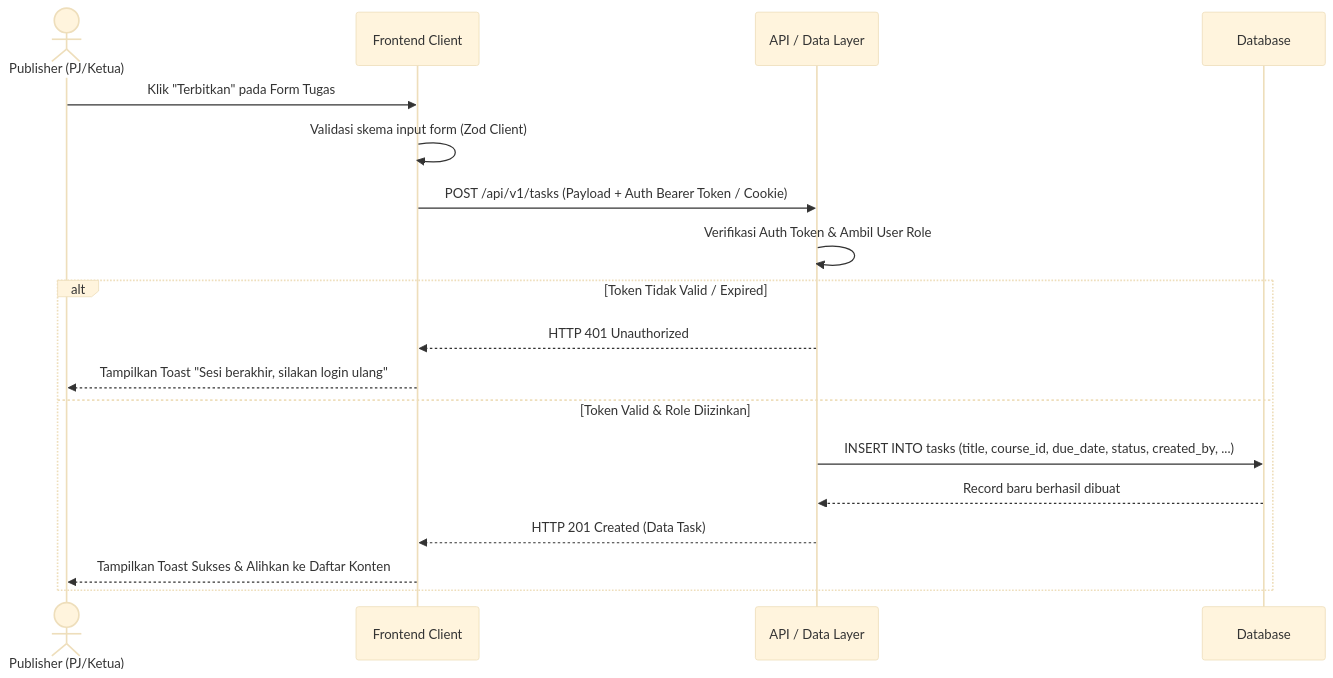
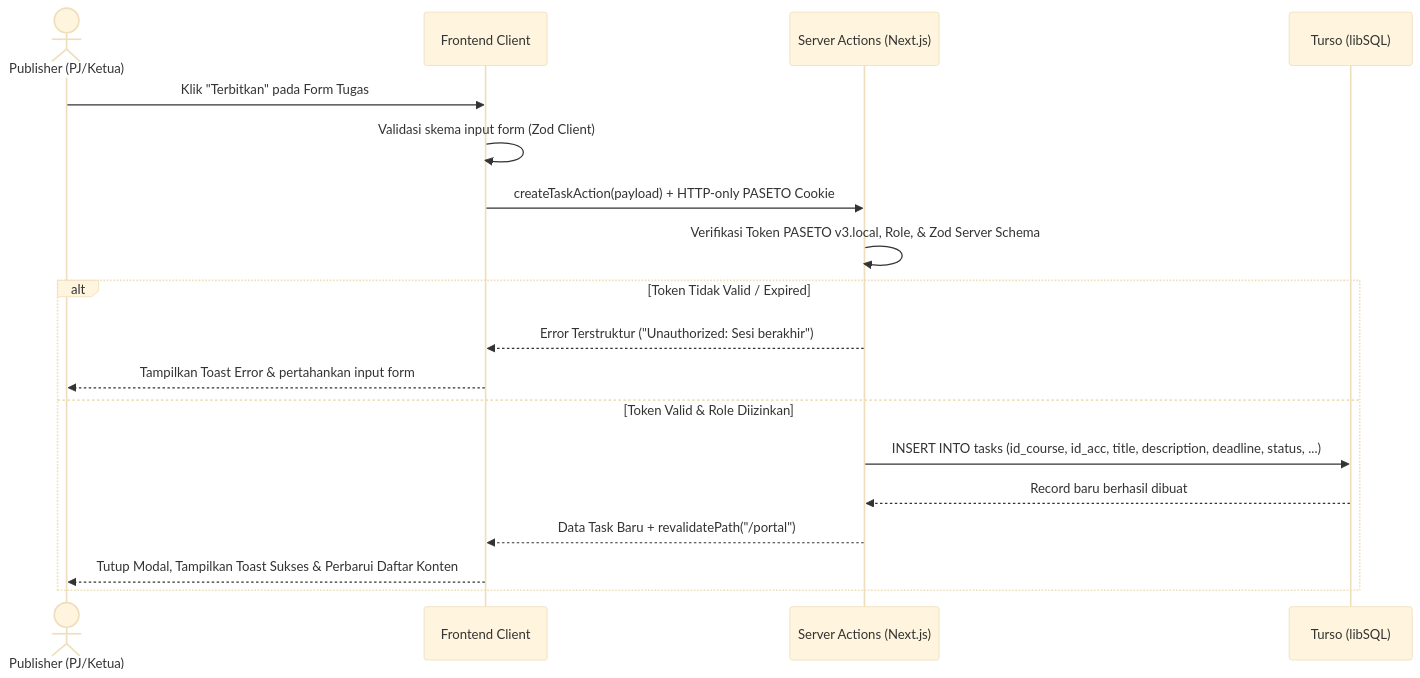
The fifth of 7 diagrams in docs/06-spec.md (devilsduddee/chosenwan), drawn with Mermaid (base theme) before and after one commit. The commit also changed other lines of this file and 67 other files, not shown here.

Commit message:
feat(audit): harden PASETO auth, server validations, SSR portal hydration, mobile polish, and tests

````diff
--- a/docs/06-spec.md
+++ b/docs/06-spec.md
@@ -256,21 +255,21 @@
 ```mermaid
 sequenceDiagram
     actor P as Publisher (PJ/Ketua)
     participant FE as Frontend Client
-    participant API as API / Data Layer
-    participant DB as Database
+    participant SA as Server Actions (Next.js)
+    participant DB as Turso (libSQL)
 
     P->>FE: Klik "Terbitkan" pada Form Tugas
     FE->>FE: Validasi skema input form (Zod Client)
-    FE->>API: POST /api/v1/tasks (Payload + Auth Bearer Token / Cookie)
-    API->>API: Verifikasi Auth Token & Ambil User Role
+    FE->>SA: createTaskAction(payload) + HTTP-only PASETO Cookie
+    SA->>SA: Verifikasi Token PASETO v3.local, Role, & Zod Server Schema
     alt Token Tidak Valid / Expired
-        API-->>FE: HTTP 401 Unauthorized
-        FE-->>P: Tampilkan Toast "Sesi berakhir, silakan login ulang"
+        SA-->>FE: Error Terstruktur ("Unauthorized: Sesi berakhir")
+        FE-->>P: Tampilkan Toast Error & pertahankan input form
     else Token Valid & Role Diizinkan
-        API->>DB: INSERT INTO tasks (title, course_id, due_date, status, created_by, ...)
-        DB-->>API: Record baru berhasil dibuat
-        API-->>FE: HTTP 201 Created (Data Task)
-        FE-->>P: Tampilkan Toast Sukses & Alihkan ke Daftar Konten
+        SA->>DB: INSERT INTO tasks (id_course, id_acc, title, description, deadline, status, ...)
+        DB-->>SA: Record baru berhasil dibuat
+        SA-->>FE: Data Task Baru + revalidatePath("/portal")
+        FE-->>P: Tutup Modal, Tampilkan Toast Sukses & Perbarui Daftar Konten
     end
 ```
````
